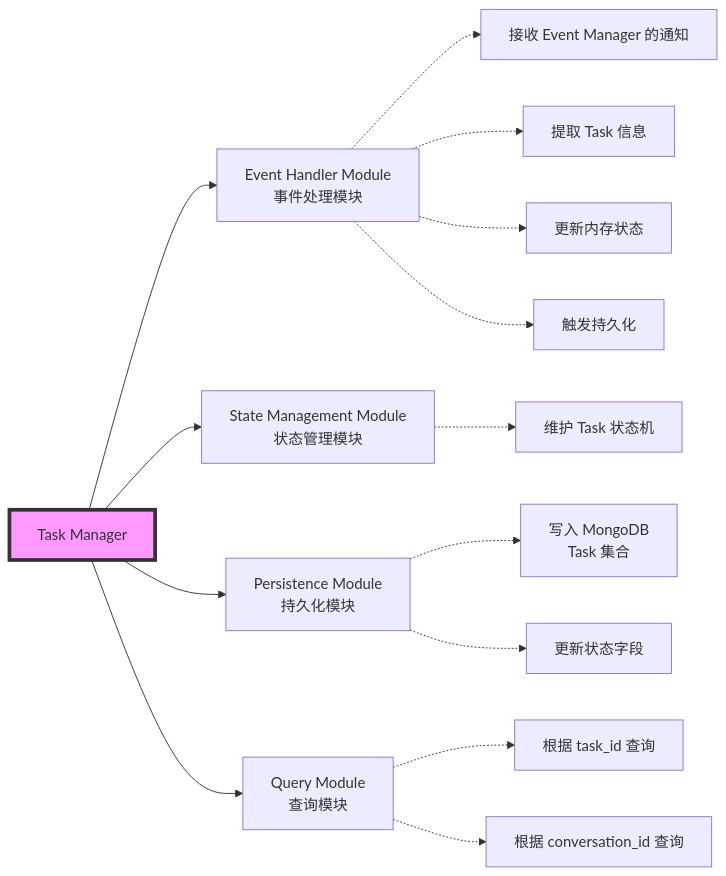
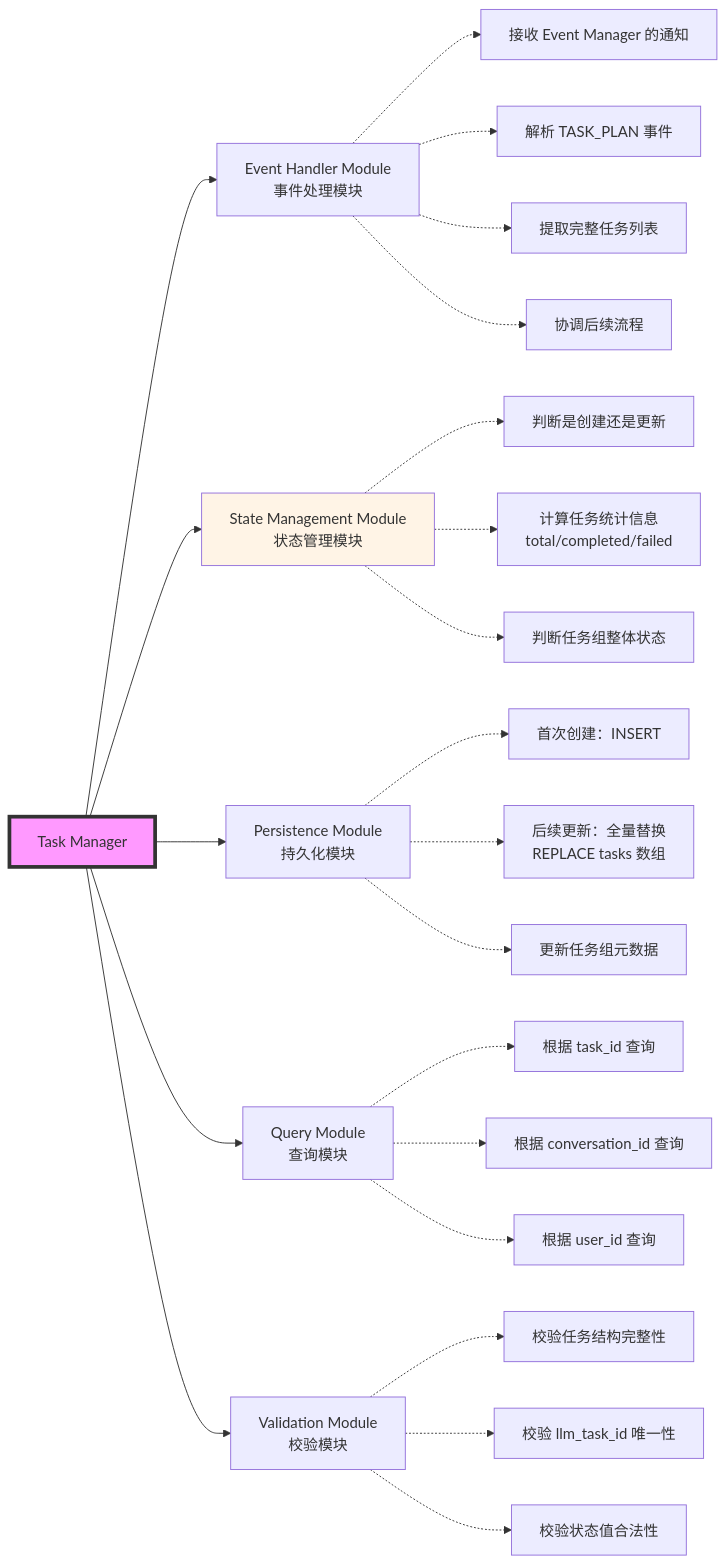
Before and after one commit to yingjianzh/iodraw-files: the diagram in all/未命名-10.md, drawn with Mermaid.

Commit message:
2025-12-25 10:18:29 update

````diff
--- a/all/未命名-10.md
+++ b/all/未命名-10.md
@@ -1,24 +1,34 @@
 ```mermaid
 graph LR
     TM[Task Manager]
     
     TM --> EHM[Event Handler Module<br/>事件处理模块]
     TM --> SMM[State Management Module<br/>状态管理模块]
     TM --> PM[Persistence Module<br/>持久化模块]
     TM --> QM[Query Module<br/>查询模块]
+    TM --> VM[Validation Module<br/>校验模块]
     
     EHM -.-> EHM1[接收 Event Manager 的通知]
-    EHM -.-> EHM2[提取 Task 信息]
-    EHM -.-> EHM3[更新内存状态]
-    EHM -.-> EHM4[触发持久化]
+    EHM -.-> EHM2[解析 TASK_PLAN 事件]
+    EHM -.-> EHM3[提取完整任务列表]
+    EHM -.-> EHM4[协调后续流程]
     
-    SMM -.-> SMM1[维护 Task 状态机]
+    SMM -.-> SMM1[判断是创建还是更新]
+    SMM -.-> SMM2[计算任务统计信息<br/>total/completed/failed]
+    SMM -.-> SMM3[判断任务组整体状态]
+    
+    VM -.-> VM1[校验任务结构完整性]
+    VM -.-> VM2[校验 llm_task_id 唯一性]
+    VM -.-> VM3[校验状态值合法性]
 
-    PM -.-> PM1[写入 MongoDB<br/>Task 集合]
-    PM -.-> PM3[更新状态字段]
+    PM -.-> PM1[首次创建：INSERT]
+    PM -.-> PM2[后续更新：全量替换<br/>REPLACE tasks 数组]
+    PM -.-> PM3[更新任务组元数据]
     
     QM -.-> QM1[根据 task_id 查询]
     QM -.-> QM2[根据 conversation_id 查询]
+    QM -.-> QM3[根据 user_id 查询]
     
     style TM fill:#f9f,stroke:#333,stroke-width:4px
+    style SMM fill:#fff4e6
 ```
````
